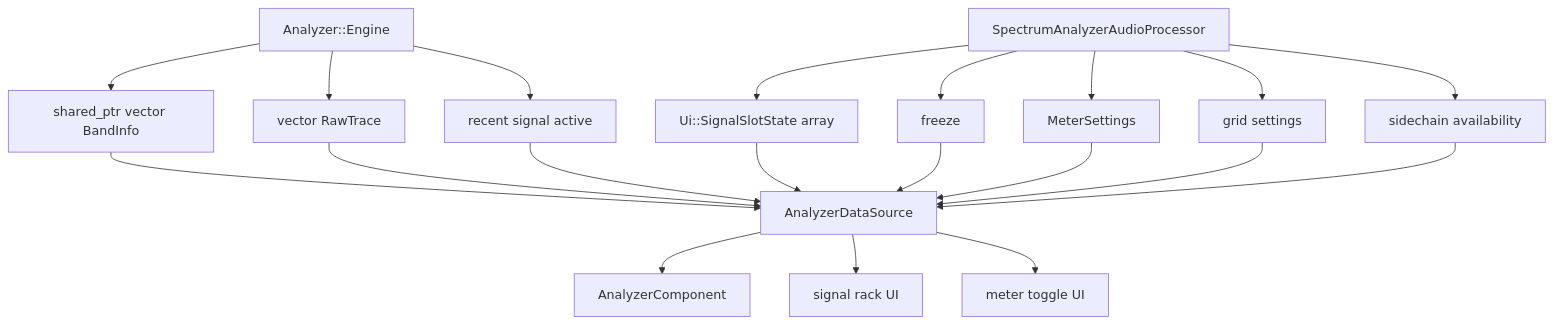
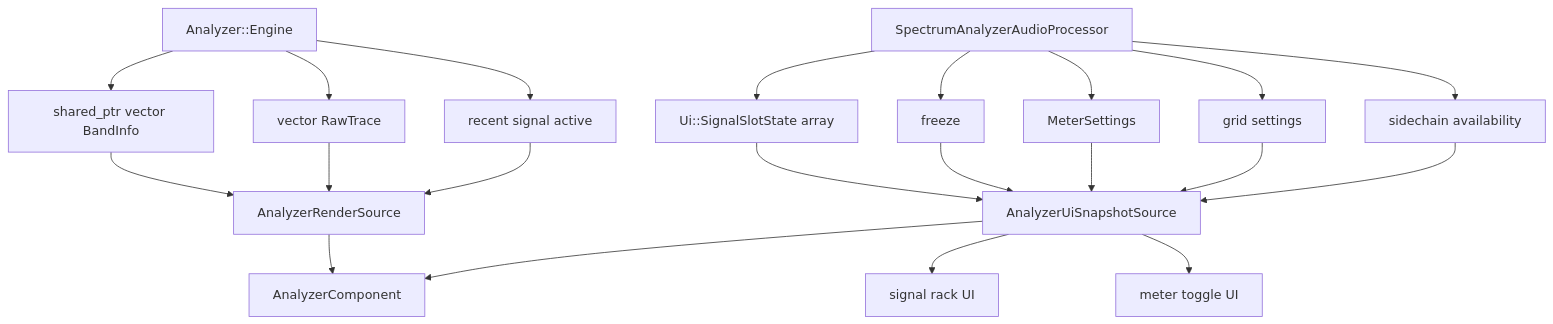
One commit to Silenterc/Band-Spectrum-Analyzer changed the eighth of 8 diagrams in docs/audio-processing-architecture.md. Above: the diagram before and after it, drawn with Mermaid. The commit also changed other lines of this file and 55 other files, not shown here.

````diff
--- a/docs/audio-processing-architecture.md
+++ b/docs/audio-processing-architecture.md
@@ -210,25 +212,27 @@
 ```mermaid
 flowchart TD
     Engine[Analyzer::Engine] --> BandInfo[shared_ptr vector BandInfo]
     Engine --> RawTraces[vector RawTrace]
     Engine --> ActivityState[recent signal active]
 
     Processor[SpectrumAnalyzerAudioProcessor] --> Slots[Ui::SignalSlotState array]
     Processor --> Freeze[freeze]
     Processor --> Meter[MeterSettings]
     Processor --> Grid[grid settings]
     Processor --> Sidechain[sidechain availability]
 
-    BandInfo --> DataSource[AnalyzerDataSource]
-    RawTraces --> DataSource
-    Slots --> DataSource
-    Freeze --> DataSource
-    Meter --> DataSource
-    Grid --> DataSource
-    Sidechain --> DataSource
-    ActivityState --> DataSource
+    BandInfo --> RenderSource[AnalyzerRenderSource]
+    RawTraces --> RenderSource
+    ActivityState --> RenderSource
 
-    DataSource --> AnalyzerComponent
-    DataSource --> SignalRack[signal rack UI]
-    DataSource --> MeterControls[meter toggle UI]
+    Slots --> SnapshotSource[AnalyzerUiSnapshotSource]
+    Freeze --> SnapshotSource
+    Meter --> SnapshotSource
+    Grid --> SnapshotSource
+    Sidechain --> SnapshotSource
+
+    RenderSource --> AnalyzerComponent
+    SnapshotSource --> AnalyzerComponent
+    SnapshotSource --> SignalRack[signal rack UI]
+    SnapshotSource --> MeterControls[meter toggle UI]
 ```
````
